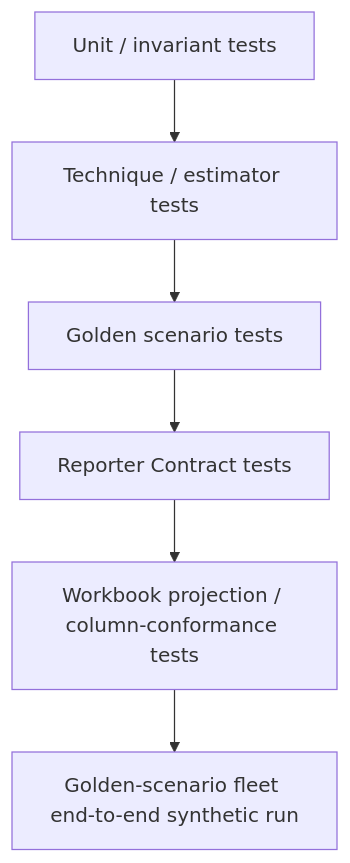
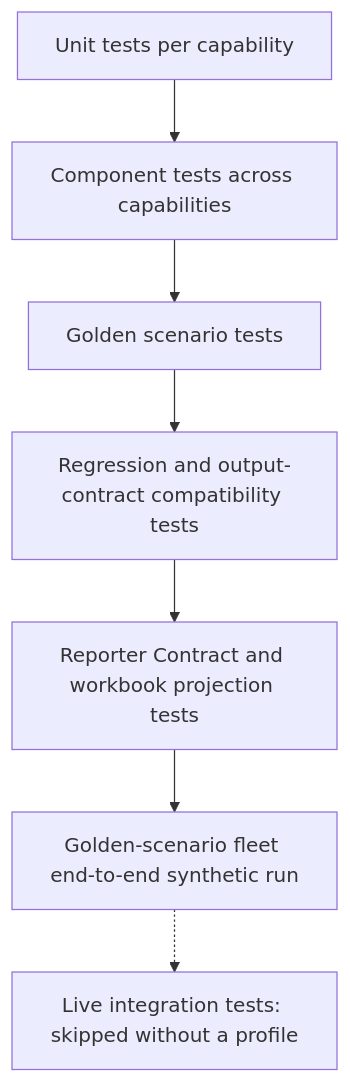
One commit to thiaga-gk/expert-funicular changed diagram 14 of 14 in docs/architecture/hld.md. Above: the diagram before and after it, drawn with Mermaid. The commit also changed other lines of this file and 11 other files, not shown here.

First line of the commit message:
Reorg Phase 10 step E: docs describe the capability architecture

````diff
--- a/docs/architecture/hld.md
+++ b/docs/architecture/hld.md
@@ -878,8 +884,9 @@
 ```mermaid
 flowchart TD
-    U[Unit / invariant tests] --> T[Technique / estimator tests]
-    T --> G[Golden scenario tests]
-    G --> RC[Reporter Contract tests]
-    RC --> WC[Workbook projection / column-conformance tests]
-    WC --> E2E[Golden-scenario fleet end-to-end synthetic run]
+    U[Unit tests per capability] --> C[Component tests across capabilities]
+    C --> G[Golden scenario tests]
+    G --> RG[Regression and output-contract compatibility tests]
+    RG --> RC[Reporter Contract and workbook projection tests]
+    RC --> E2E[Golden-scenario fleet end-to-end synthetic run]
+    E2E -.-> LV[Live integration tests: skipped without a profile]
 ```
````
